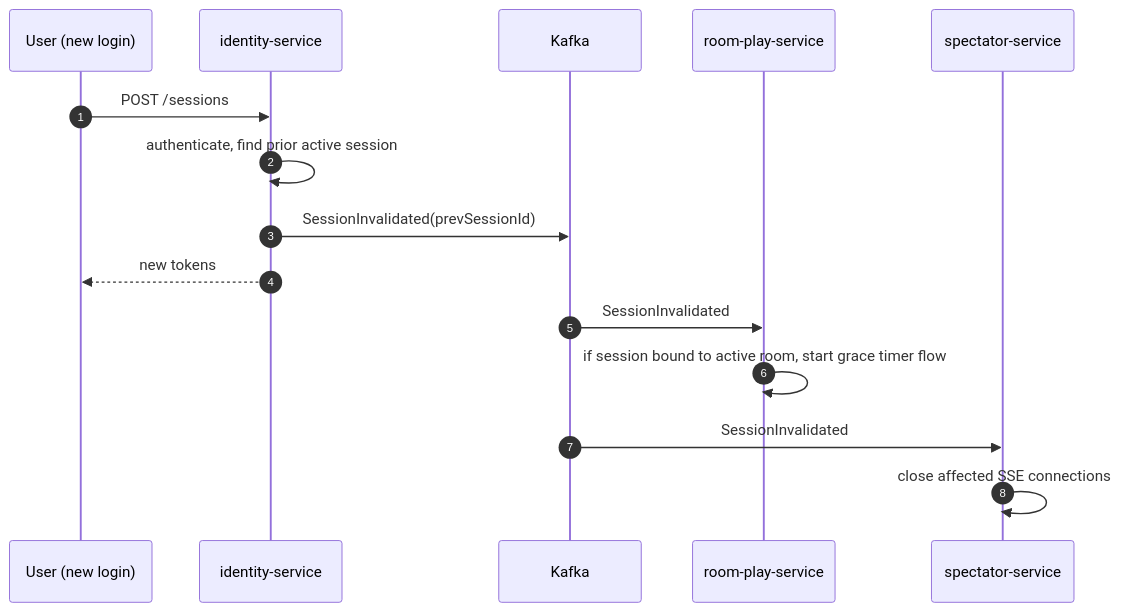
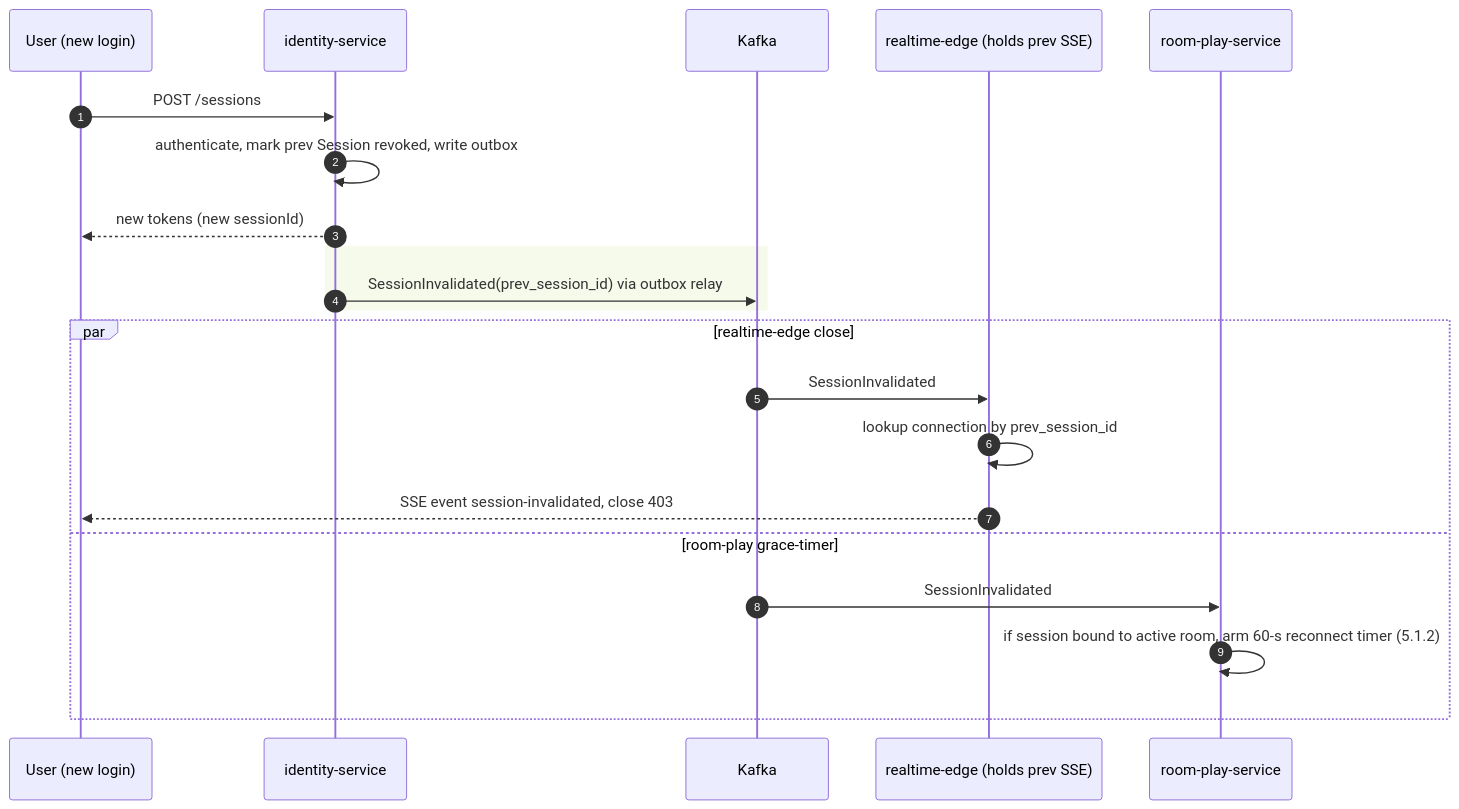
The fourth of 4 diagrams in ARQUITECTURE.md (julietaTechenski/TP-microservicios), drawn with Mermaid before and after one commit. The commit also changed other lines of this file and 1 other file, not shown here.

Commit message:
requirements, arquitecture and diagram updated based on the new assignment instructions

````diff
--- a/ARQUITECTURE.md
+++ b/ARQUITECTURE.md
@@ -853,19 +1441,26 @@
 ```mermaid
 sequenceDiagram
     autonumber
     participant U as User (new login)
     participant ID as identity-service
     participant K as Kafka
+    participant RT as realtime-edge (holds prev SSE)
     participant RP as room-play-service
-    participant SP as spectator-service
 
     U->>ID: POST /sessions
-    ID->>ID: authenticate, find prior active session
-    ID->>K: SessionInvalidated(prevSessionId)
-    ID-->>U: new tokens
+    ID->>ID: authenticate, mark prev Session revoked, write outbox
+    ID-->>U: new tokens (new sessionId)
 
-    K->>RP: SessionInvalidated
-    RP->>RP: if session bound to active room, start grace timer flow
-    K->>SP: SessionInvalidated
-    SP->>SP: close affected SSE connections
+    rect rgb(245,250,235)
+    ID->>K: SessionInvalidated(prev_session_id) via outbox relay
+    end
+
+    par realtime-edge close
+        K->>RT: SessionInvalidated
+        RT->>RT: lookup connection by prev_session_id
+        RT-->>U: SSE event session-invalidated, close 403
+    and room-play grace-timer
+        K->>RP: SessionInvalidated
+        RP->>RP: if session bound to active room, arm 60-s reconnect timer (5.1.2)
+    end
 ```
````
